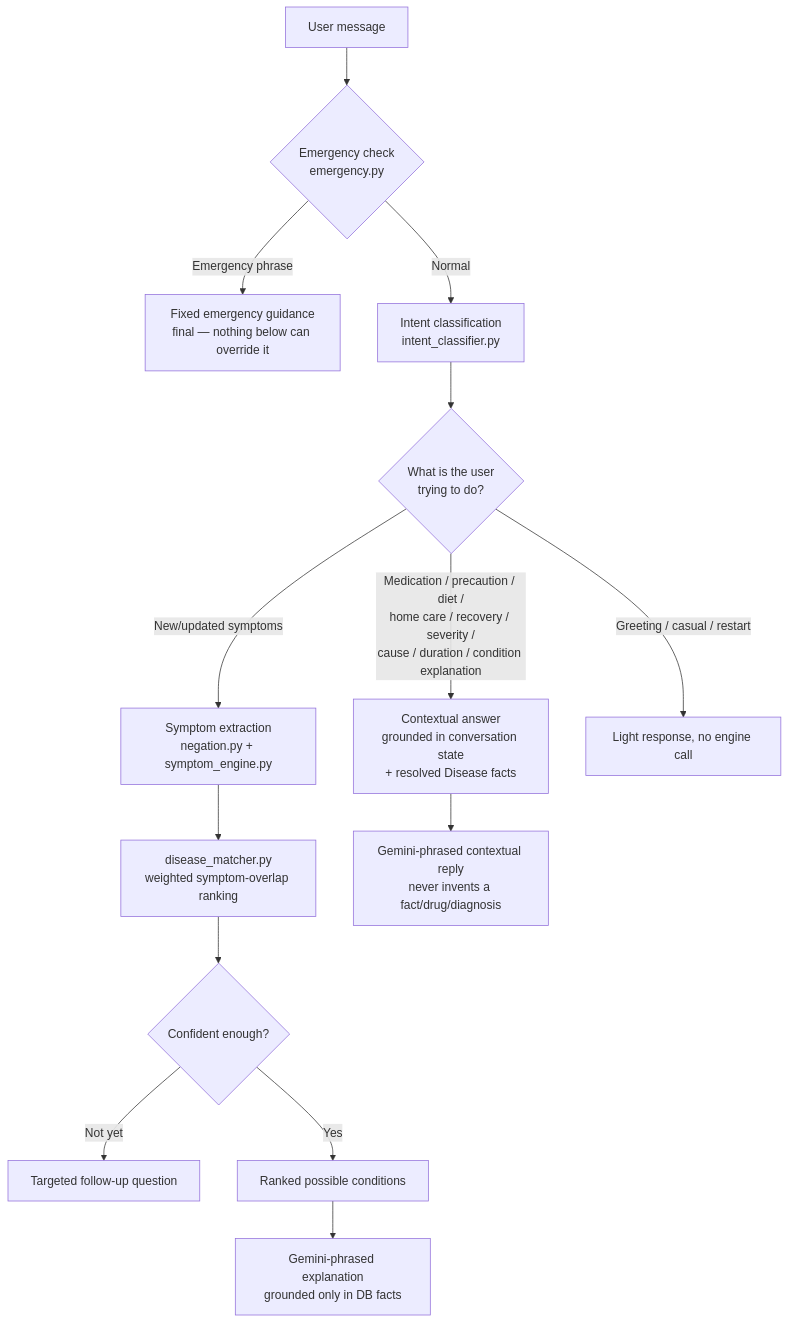
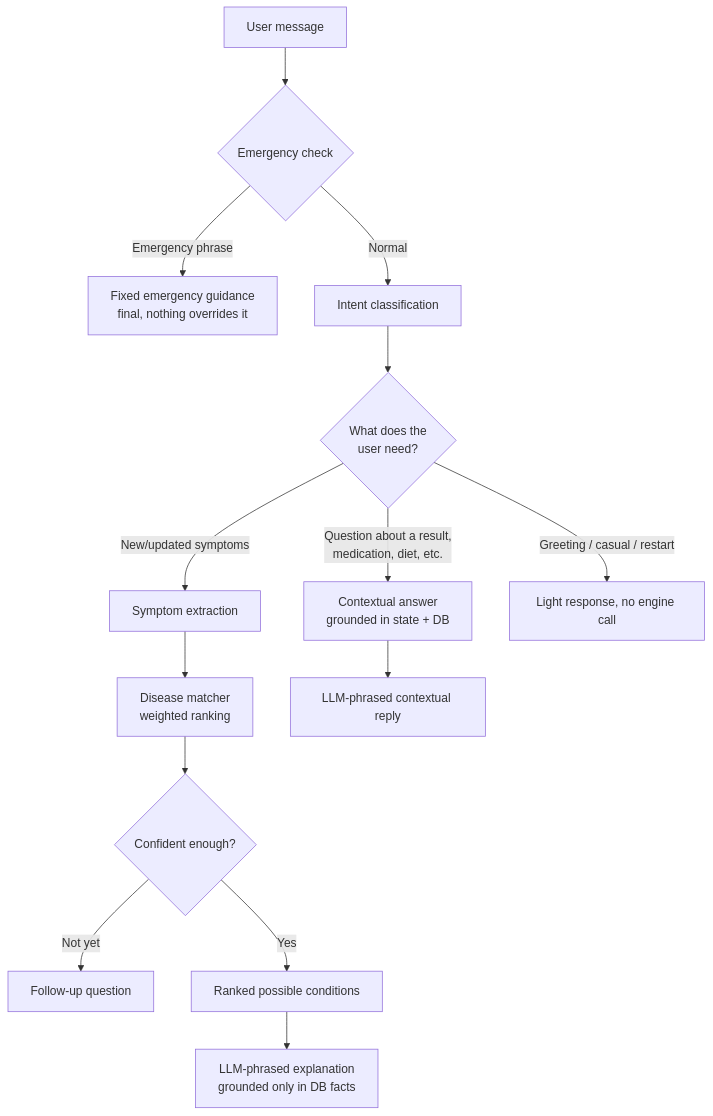
Before and after one commit to Chhavig02/Healora: the diagram in README.md, drawn with Mermaid. The commit also changed other lines of this file, not shown here.

````diff
--- a/README.md
+++ b/README.md
@@ -145,16 +92,16 @@
 ```mermaid
 flowchart TD
-    A[User message] --> B{Emergency check<br/>emergency.py}
-    B -->|Emergency phrase| C[Fixed emergency guidance<br/>final — nothing below can override it]
-    B -->|Normal| D[Intent classification<br/>intent_classifier.py]
-    D --> E{What is the user<br/>trying to do?}
-    E -->|New/updated symptoms| F[Symptom extraction<br/>negation.py + symptom_engine.py]
-    F --> G[disease_matcher.py<br/>weighted symptom-overlap ranking]
+    A[User message] --> B{Emergency check}
+    B -->|Emergency phrase| C[Fixed emergency guidance<br/>final, nothing overrides it]
+    B -->|Normal| D[Intent classification]
+    D --> E{What does the<br/>user need?}
+    E -->|New/updated symptoms| F[Symptom extraction]
+    F --> G[Disease matcher<br/>weighted ranking]
     G --> H{Confident enough?}
-    H -->|Not yet| I[Targeted follow-up question]
+    H -->|Not yet| I[Follow-up question]
     H -->|Yes| J[Ranked possible conditions]
-    E -->|Medication / precaution / diet /<br/>home care / recovery / severity /<br/>cause / duration / condition explanation| K[Contextual answer<br/>grounded in conversation state<br/>+ resolved Disease facts]
+    E -->|Question about a result,<br/>medication, diet, etc.| K[Contextual answer<br/>grounded in state + DB]
     E -->|Greeting / casual / restart| L[Light response, no engine call]
-    J --> M[Gemini-phrased explanation<br/>grounded only in DB facts]
-    K --> N[Gemini-phrased contextual reply<br/>never invents a fact/drug/diagnosis]
+    J --> M[LLM-phrased explanation<br/>grounded only in DB facts]
+    K --> N[LLM-phrased contextual reply]
 ```
````
